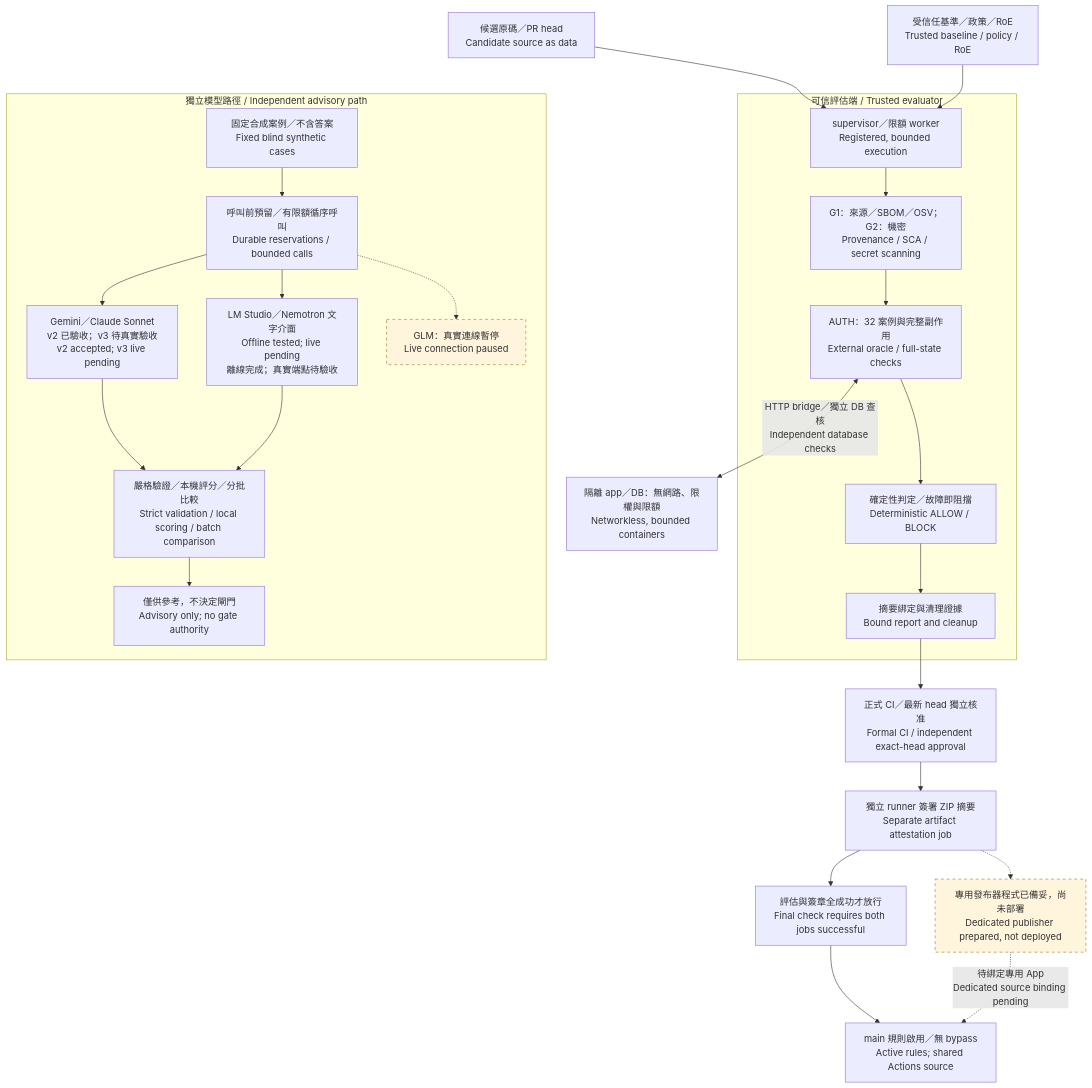
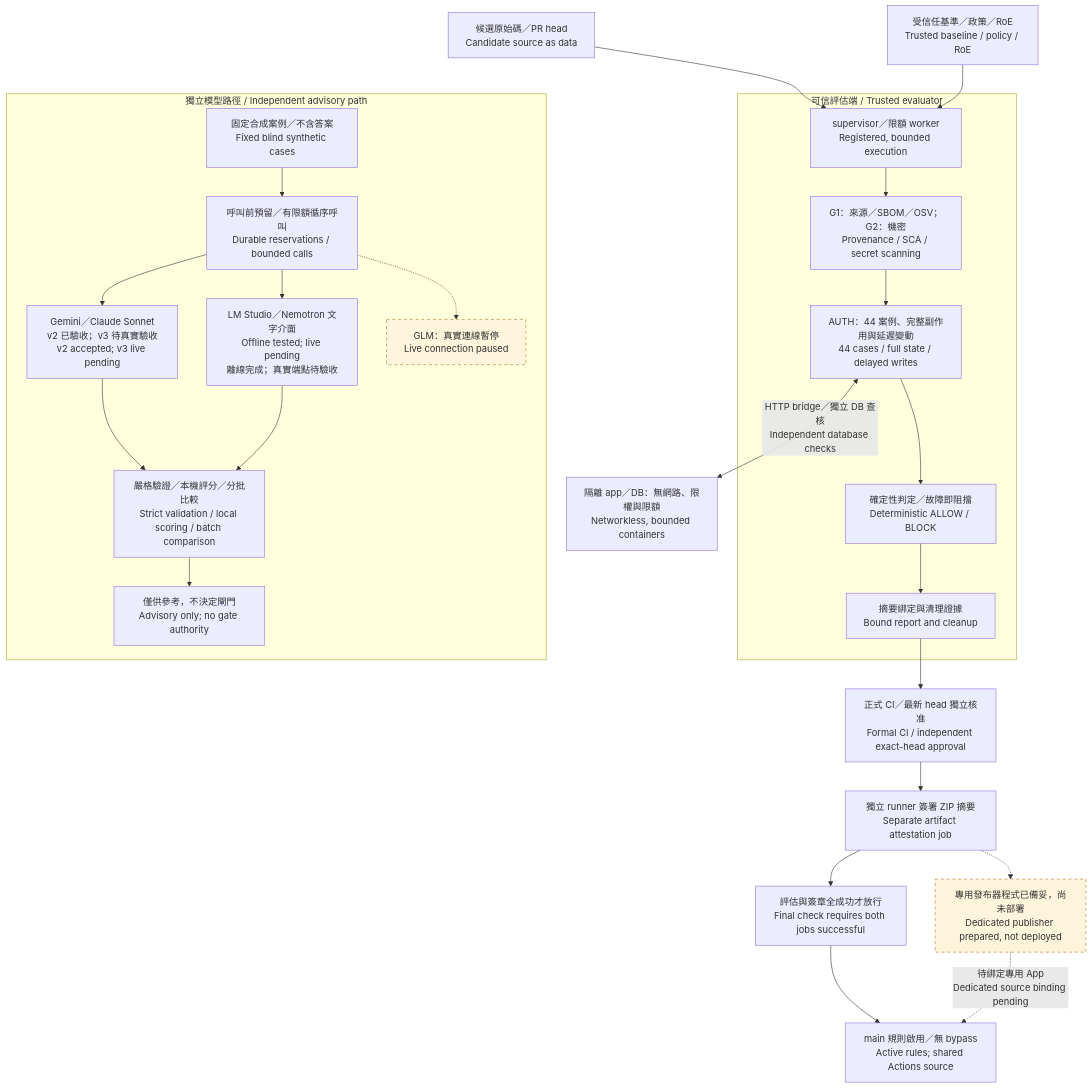
Before and after one commit to chinchiang/MultiAgentEpsilon: the diagram in docs/diagrams/architecture-overview.mmd, drawn with Mermaid. The commit also changed 42 other files, not shown here.

```diff
--- a/docs/diagrams/architecture-overview.mmd
+++ b/docs/diagrams/architecture-overview.mmd
@@ -1,28 +1,28 @@
 flowchart TB
-    Source["候選原碼／PR head<br/>Candidate source as data"] --> Run
+    Source["候選原始碼／PR head<br/>Candidate source as data"] --> Run
     Trust["受信任基準／政策／RoE<br/>Trusted baseline / policy / RoE"] --> Run
     subgraph Evaluator["可信評估端 / Trusted evaluator"]
         Run["supervisor／限額 worker<br/>Registered, bounded execution"] --> Scan["G1：來源／SBOM／OSV；G2：機密<br/>Provenance / SCA / secret scanning"]
-        Scan --> Oracle["AUTH：32 案例與完整副作用<br/>External oracle / full-state checks"]
+        Scan --> Oracle["AUTH：44 案例、完整副作用與延遲變動<br/>44 cases / full state / delayed writes"]
         Oracle --> Decision["確定性判定／故障即阻擋<br/>Deterministic ALLOW / BLOCK"]
         Decision --> Report["摘要綁定與清理證據<br/>Bound report and cleanup"]
     end
     Oracle <-->|"HTTP bridge／獨立 DB 查核<br/>Independent database checks"| Isolation["隔離 app／DB：無網路、限權與限額<br/>Networkless, bounded containers"]
     subgraph Models["獨立模型路徑 / Independent advisory path"]
         Cases["固定合成案例／不含答案<br/>Fixed blind synthetic cases"] --> Gateway["呼叫前預留／有限額循序呼叫<br/>Durable reservations / bounded calls"]
         Gateway --> Cloud["Gemini／Claude Sonnet<br/>v2 已驗收；v3 待真實驗收<br/>v2 accepted; v3 live pending"]
         Gateway --> Local["LM Studio／Nemotron 文字介面<br/>Offline tested; live pending<br/>離線完成；真實端點待驗收"]
         Gateway -.-> GLM["GLM：真實連線暫停<br/>Live connection paused"]
         Cloud --> Score["嚴格驗證／本機評分／分批比較<br/>Strict validation / local scoring / batch comparison"]
         Local --> Score
         Score --> Advisory["僅供參考，不決定閘門<br/>Advisory only; no gate authority"]
     end
     Source ~~~ Cases
     Report --> CI["正式 CI／最新 head 獨立核准<br/>Formal CI / independent exact-head approval"]
     CI --> Signed["獨立 runner 簽署 ZIP 摘要<br/>Separate artifact attestation job"]
     Signed --> Final["評估與簽章全成功才放行<br/>Final check requires both jobs successful"]
     Final --> Rules["main 規則啟用／無 bypass<br/>Active rules; shared Actions source"]
     Signed -.-> Publisher["專用發布器程式已備妥，尚未部署<br/>Dedicated publisher prepared, not deployed"]
     Publisher -.->|"待綁定專用 App<br/>Dedicated source binding pending"| Rules
     classDef pending fill:#fff4dc,stroke:#a67822,stroke-dasharray:5 5;
     class GLM,Publisher pending;
```
